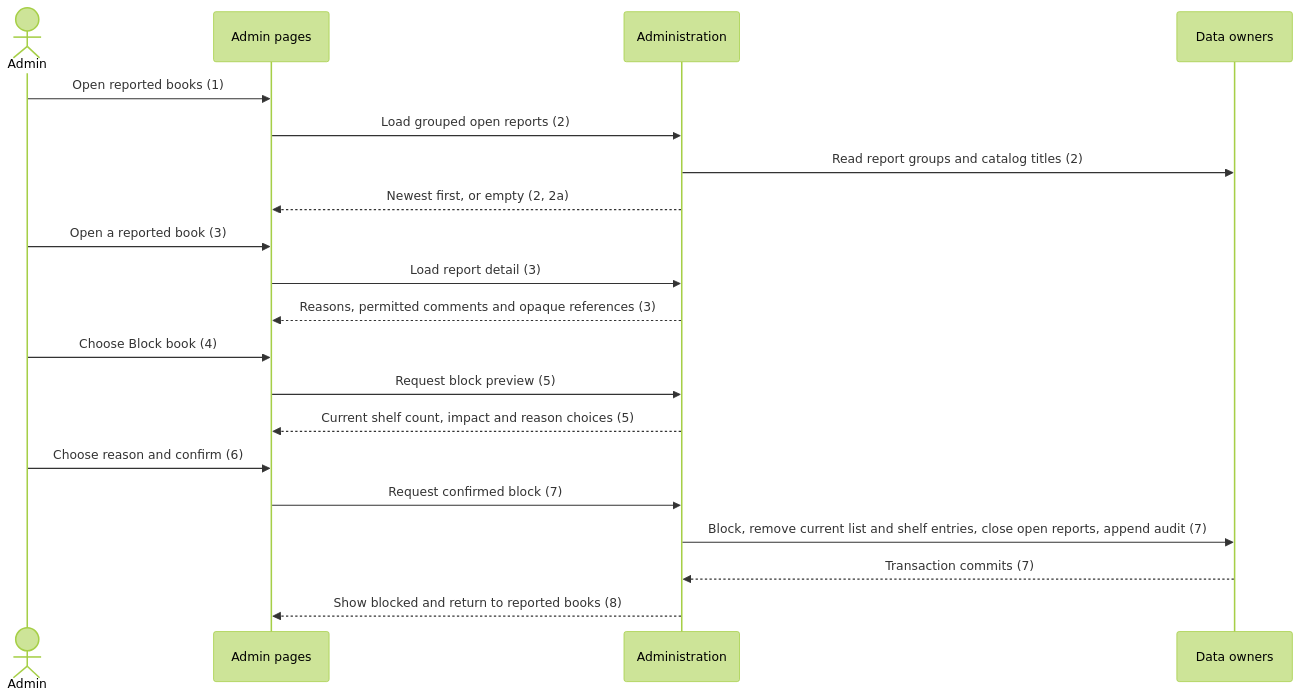
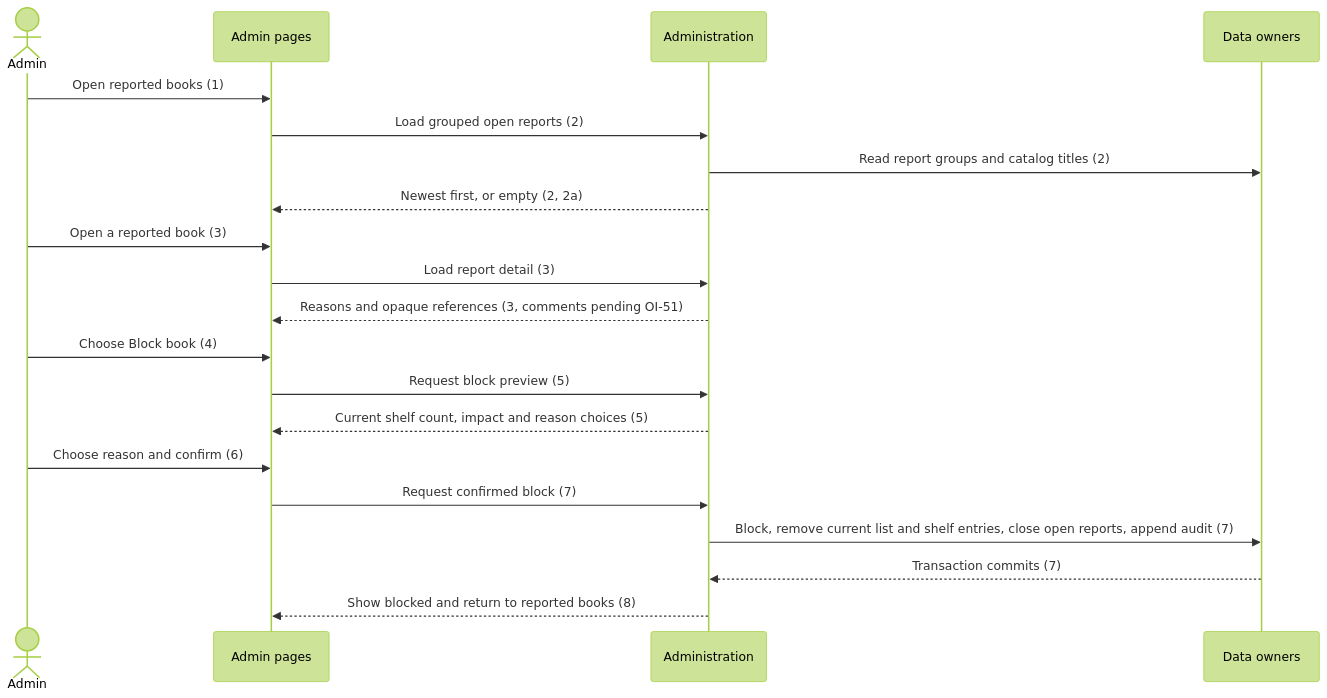
Before and after one commit to videogames21/book_buddies: the third of 4 diagrams in design/adm.md, drawn with Mermaid (forest theme). The commit also changed other lines of this file and 3 other files, not shown here.

````diff
--- a/design/adm.md
+++ b/design/adm.md
@@ -163,22 +170,22 @@
 ```mermaid
 sequenceDiagram
     actor Admin
     participant UI as Admin pages
     participant ADM as Administration
     participant Owners as Data owners
     Admin->>UI: Open reported books (1)
     UI->>ADM: Load grouped open reports (2)
     ADM->>Owners: Read report groups and catalog titles (2)
     ADM-->>UI: Newest first, or empty (2, 2a)
     Admin->>UI: Open a reported book (3)
     UI->>ADM: Load report detail (3)
-    ADM-->>UI: Reasons, permitted comments and opaque references (3)
+    ADM-->>UI: Reasons and opaque references (3, comments pending OI-51)
     Admin->>UI: Choose Block book (4)
     UI->>ADM: Request block preview (5)
     ADM-->>UI: Current shelf count, impact and reason choices (5)
     Admin->>UI: Choose reason and confirm (6)
     UI->>ADM: Request confirmed block (7)
     ADM->>Owners: Block, remove current list and shelf entries, close open reports, append audit (7)
     Owners-->>ADM: Transaction commits (7)
     ADM-->>UI: Show blocked and return to reported books (8)
 ```
````
